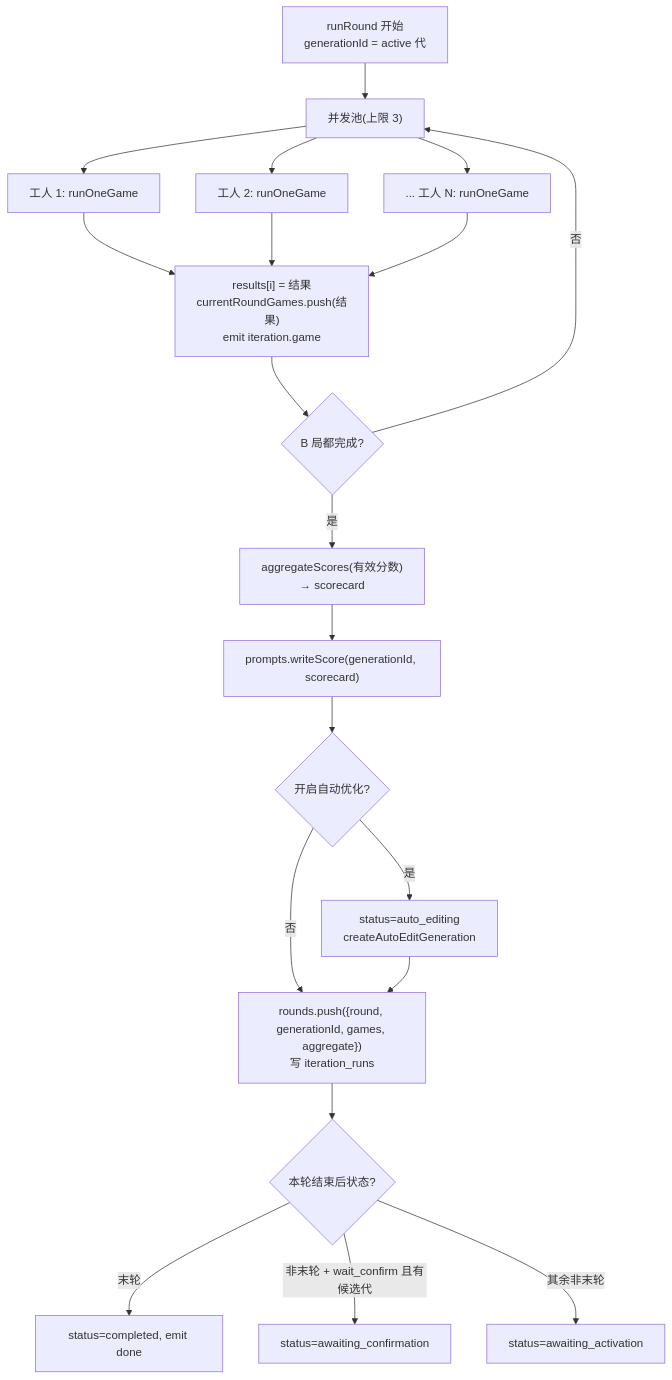
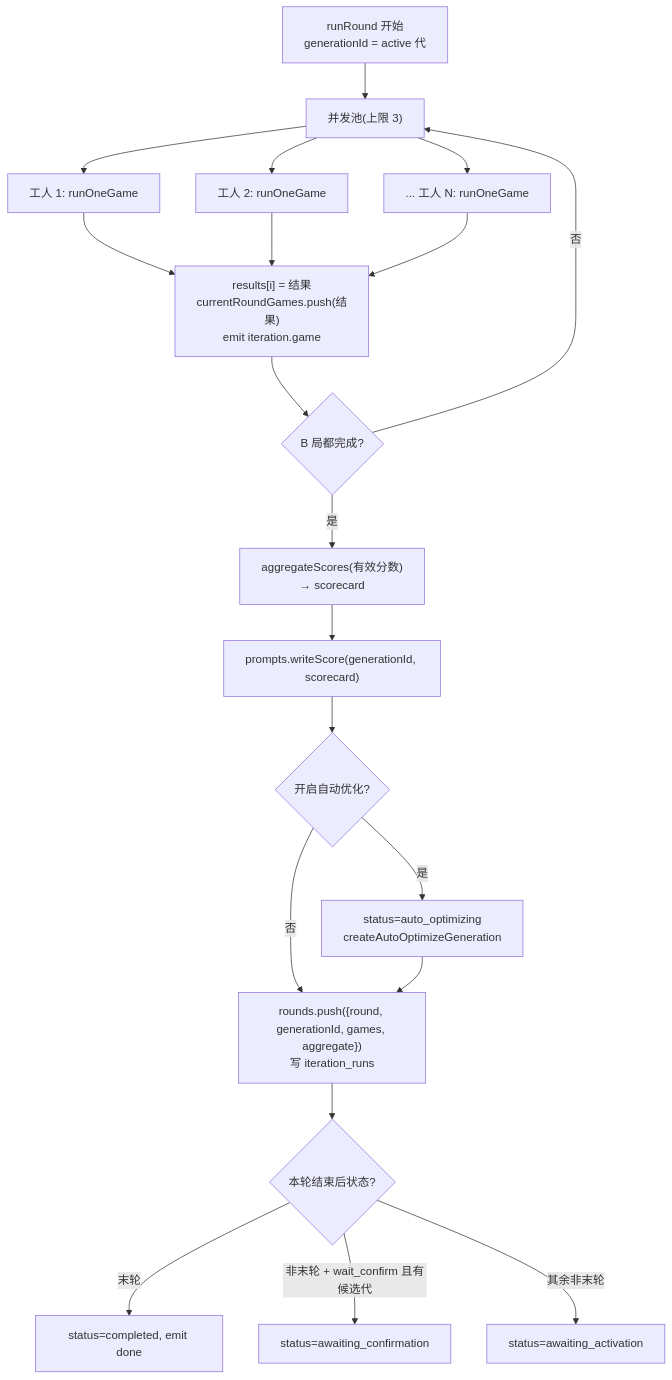
Before and after one commit to zhoutaoz99/who-is-the-ai: the third of 7 diagrams in docs/ai-iteration/AI-Prompt-Eval-Flow.md, drawn with Mermaid. The commit also changed other lines of this file and 13 other files, not shown here.

````diff
--- a/docs/ai-iteration/AI-Prompt-Eval-Flow.md
+++ b/docs/ai-iteration/AI-Prompt-Eval-Flow.md
@@ -144,23 +144,23 @@
 ```mermaid
 flowchart TD
   A["runRound 开始<br/>generationId = active 代"] --> POOL["并发池(上限 3)"]
   POOL --> G1[工人 1: runOneGame]
   POOL --> G2[工人 2: runOneGame]
   POOL --> GN[... 工人 N: runOneGame]
 
   G1 --> COLLECT["results[i] = 结果<br/>currentRoundGames.push(结果)<br/>emit iteration.game"]
   G2 --> COLLECT
   GN --> COLLECT
   COLLECT --> ALLDONE{"B 局都完成?"}
   ALLDONE -- 否 --> POOL
   ALLDONE -- 是 --> AGG["aggregateScores(有效分数)<br/>→ scorecard"]
   AGG --> WRITE["prompts.writeScore(generationId, scorecard)"]
   WRITE --> AE{"开启自动优化?"}
   AE -- 否 --> PERSIST["rounds.push({round, generationId, games, aggregate})<br/>写 iteration_runs"]
-  AE -- 是 --> EDIT["status=auto_editing<br/>createAutoEditGeneration"]
+  AE -- 是 --> EDIT["status=auto_optimizing<br/>createAutoOptimizeGeneration"]
   EDIT --> PERSIST
   PERSIST --> STATUS{"本轮结束后状态?"}
   STATUS -- 末轮 --> CMP[status=completed, emit done]
   STATUS -- 非末轮 + wait_confirm 且有候选代 --> CONF[status=awaiting_confirmation]
   STATUS -- 其余非末轮 --> AW[status=awaiting_activation]
 ```
````
